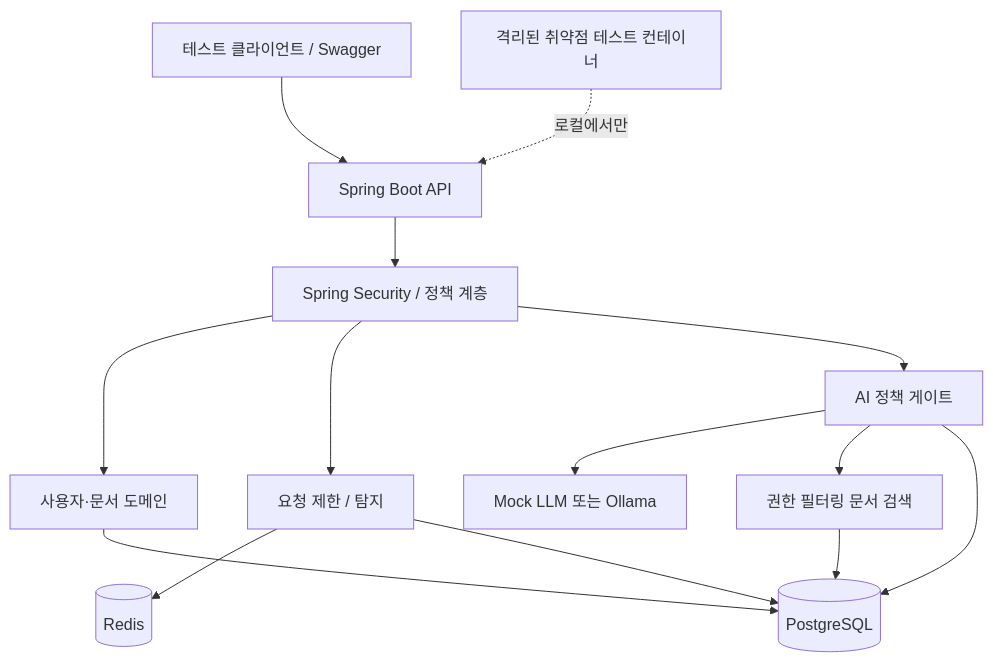
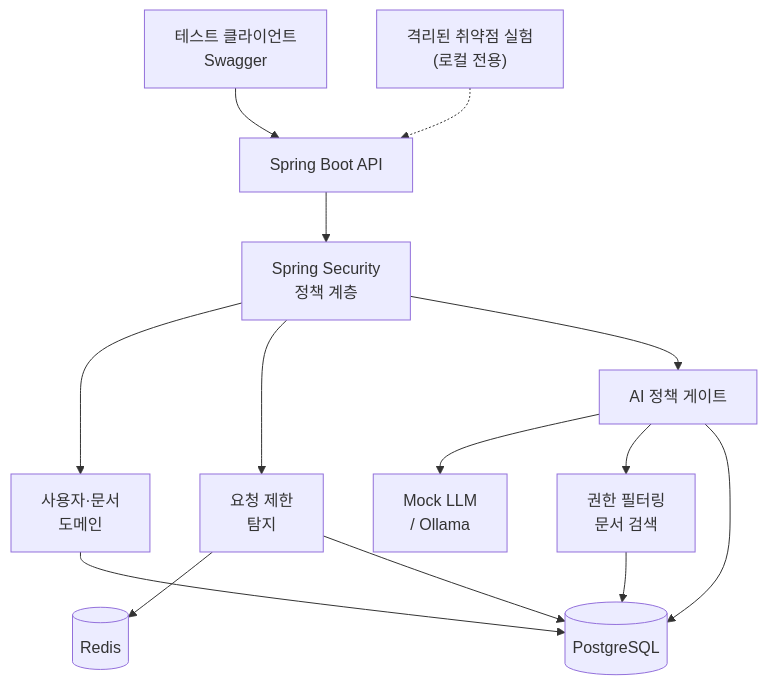
One commit to Ohhaeseo/securelab-ai changed the first of 2 diagrams in README.md. Above: the diagram before and after it, drawn with Mermaid. The commit also changed 1 other file, not shown here.

Commit message:
README·아키텍처 다이어그램 폭 축소
GitHub 화면에서 다이어그램 오른쪽이 잘리지 않도록 한 줄 노드 수를 줄이고 라벨을 줄바꿈했다.

````diff
--- a/README.md
+++ b/README.md
@@ -87,16 +87,16 @@
 ```mermaid
 flowchart TD
-  Client[테스트 클라이언트 / Swagger] --> API[Spring Boot API]
-  API --> Auth[Spring Security / 정책 계층]
-  Auth --> Users[사용자·문서 도메인]
-  Auth --> RL[요청 제한 / 탐지]
-  Auth --> AIP[AI 정책 게이트]
-  Users --> PG[(PostgreSQL)]
-  RL --> REDIS[(Redis)]
+  Client["테스트 클라이언트<br/>Swagger"] --> API["Spring Boot API"]
+  Lab["격리된 취약점 실험<br/>(로컬 전용)"] -.-> API
+  API --> Sec["Spring Security<br/>정책 계층"]
+  Sec --> Domain["사용자·문서<br/>도메인"]
+  Sec --> RL["요청 제한<br/>탐지"]
+  Sec --> Gate["AI 정책 게이트"]
+  Gate --> LLM["Mock LLM<br/>/ Ollama"]
+  Gate --> Search["권한 필터링<br/>문서 검색"]
+  RL --> Redis[("Redis")]
+  Domain --> PG[("PostgreSQL")]
   RL --> PG
-  AIP --> AI[Mock LLM 또는 Ollama]
-  AIP --> DOC[권한 필터링 문서 검색]
-  DOC --> PG
-  AIP --> PG
-  Test[격리된 취약점 테스트 컨테이너] -. 로컬에서만 .-> API
+  Search --> PG
+  Gate --> PG
 ```
````
